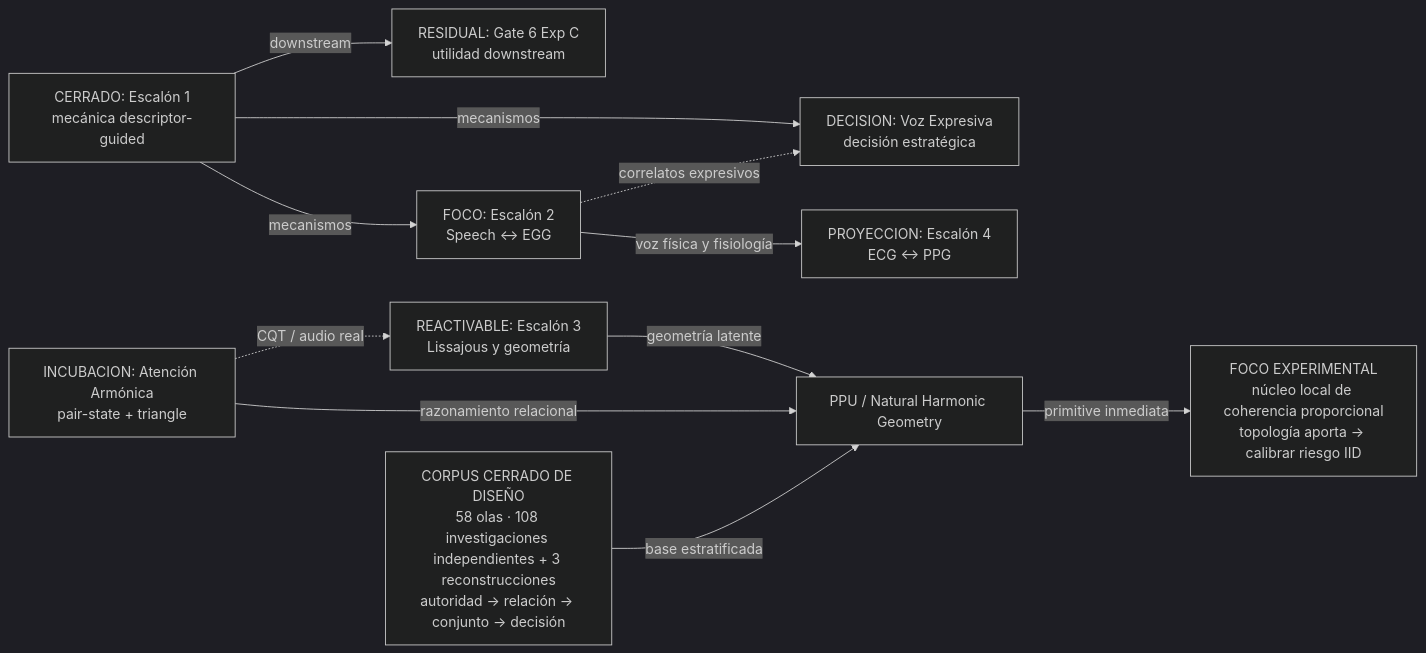
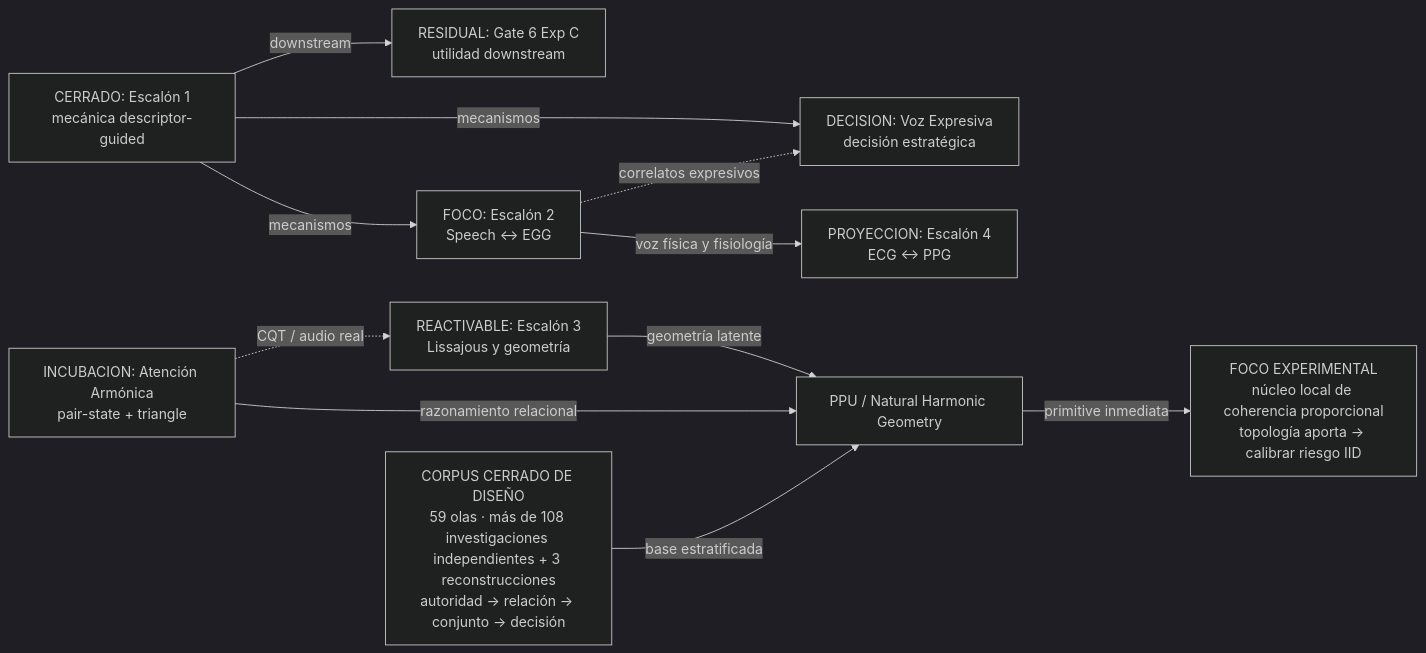
The first of 2 diagrams in Documents/05_WIKI/MAPA_VISUAL_DEL_PROGRAMA.md (Mar-IA-no/Phideus), drawn with Mermaid (dark theme) before and after one commit. The commit also changed other lines of this file and 11 other files, not shown here.

````diff
--- a/Documents/05_WIKI/MAPA_VISUAL_DEL_PROGRAMA.md
+++ b/Documents/05_WIKI/MAPA_VISUAL_DEL_PROGRAMA.md
@@ -59,24 +62,24 @@
 ```mermaid
 flowchart LR
     E1["CERRADO: Escalón 1<br/>mecánica descriptor-guided"]
     G6["RESIDUAL: Gate 6 Exp C<br/>utilidad downstream"]
     E2["FOCO: Escalón 2<br/>Speech ↔ EGG"]
     VE["DECISION: Voz Expresiva<br/>decisión estratégica"]
     E3["REACTIVABLE: Escalón 3<br/>Lissajous y geometría"]
     AA["INCUBACION: Atención Armónica<br/>pair-state + triangle"]
     E4["PROYECCION: Escalón 4<br/>ECG ↔ PPG"]
     PPU["PPU / Natural Harmonic Geometry"]
-    GT["CORPUS CERRADO DE DISEÑO<br/>58 olas · 108 investigaciones independientes + 3 reconstrucciones<br/>autoridad → relación → conjunto → decisión"]
+    GT["CORPUS CERRADO DE DISEÑO<br/>59 olas · más de 108 investigaciones independientes + 3 reconstrucciones<br/>autoridad → relación → conjunto → decisión"]
     NCP["FOCO EXPERIMENTAL<br/>núcleo local de coherencia proporcional<br/>topología aporta → calibrar riesgo IID"]
 
     E1 -->|mecanismos| E2
     E1 -->|mecanismos| VE
     E1 -->|downstream| G6
     E2 -->|voz física y fisiología| E4
     E2 -.->|correlatos expresivos| VE
     E3 -->|geometría latente| PPU
     AA -->|razonamiento relacional| PPU
     GT -->|base estratificada| PPU
     PPU -->|primitive inmediata| NCP
     AA -.->|CQT / audio real| E3
 ```
````
